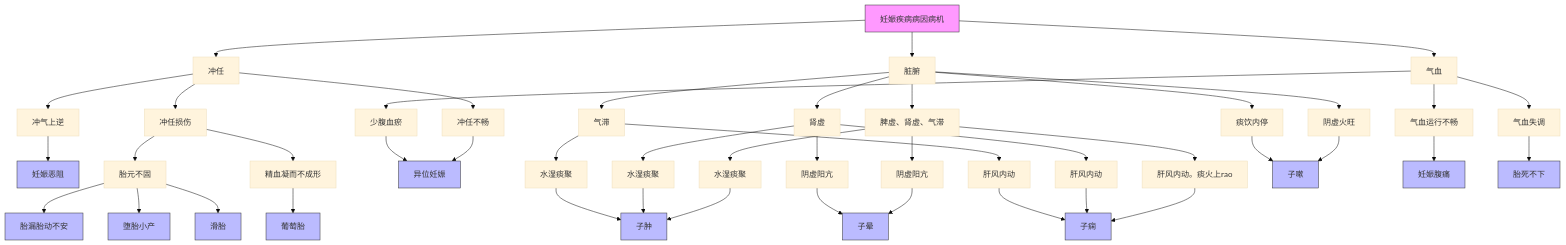
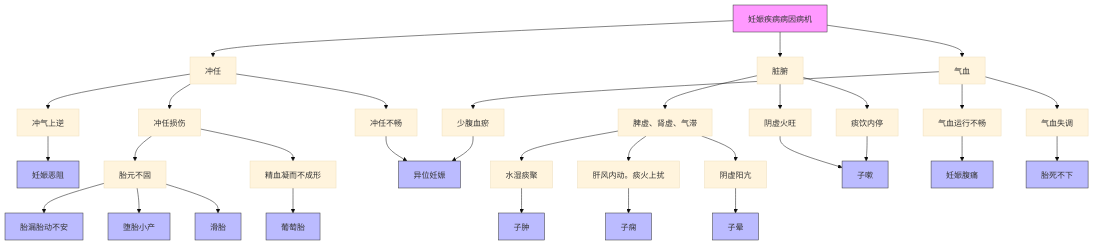
The diagram in all/未命名.md (lili23755/iodraw-files), drawn with Mermaid (base theme) before and after one commit.

Commit message:
2025-04-04 11:04:51 update

````diff
--- a/all/未命名.md
+++ b/all/未命名.md
@@ -1,41 +1,37 @@
 ```mermaid
 flowchart TD
     A[妊娠疾病病因病机] --> B[冲任]
     A --> C[脏腑]
     A --> D[气血]
     
     B --> B1[冲气上逆] --> 妊娠恶阻
     B --> B2[冲任损伤] --> B2a[胎元不固] -->胎漏胎动不安 & 堕胎小产 & 滑胎
     B2[冲任损伤] --> B2b[精血凝而不成形] -->葡萄胎 
     B --> B3[冲任不畅] --> 异位妊娠
     
     C --> C1[脾虚、肾虚、气滞] --> C1a[水湿痰聚] --> 子肿
-    C1 --> C1b[肝风内动。痰火上rao] --> 子痫
+    C1 --> C1b[肝风内动。痰火上扰] --> 子痫
     C1 --> C1c[阴虚阳亢] --> 子晕
-    C --> C2[肾虚] --> C2a[水湿痰聚] --> 子肿
-    C2 --> C2b[肝风内动] --> 子痫
-    C2 --> C2c[阴虚阳亢] --> 子晕
-    C --> C3[气滞] --> C3a[水湿痰聚] --> 子肿
-    C3 --> C3b[肝风内动] --> 子痫
+    
     C --> C4[阴虚火旺] --> 子嗽
     C --> C5[痰饮内停] --> 子嗽
     
     D --> D1[气血运行不畅] --> 妊娠腹痛
     D --> D2[气血失调] --> 胎死不下
     D --> D3[少腹血瘀] --> 异位妊娠
 
     style A fill:#f9f,stroke:#333
     style 妊娠恶阻 fill:#bbf,stroke:#333
     style 堕胎小产 fill:#bbf,stroke:#333
     style 滑胎 fill:#bbf,stroke:#333
     style 异位妊娠 fill:#bbf,stroke:#333
     style 子肿 fill:#bbf,stroke:#333
     style 子痫 fill:#bbf,stroke:#333
     style 胎漏胎动不安 fill:#bbf,stroke:#333
     style 胎死不下 fill:#bbf,stroke:#333
     style 妊娠腹痛 fill:#bbf,stroke:#333
     style 葡萄胎 fill:#bbf,stroke:#333
     style 子晕 fill:#bbf,stroke:#333
     style 子嗽 fill:#bbf,stroke:#333
 	  
 ```
````
